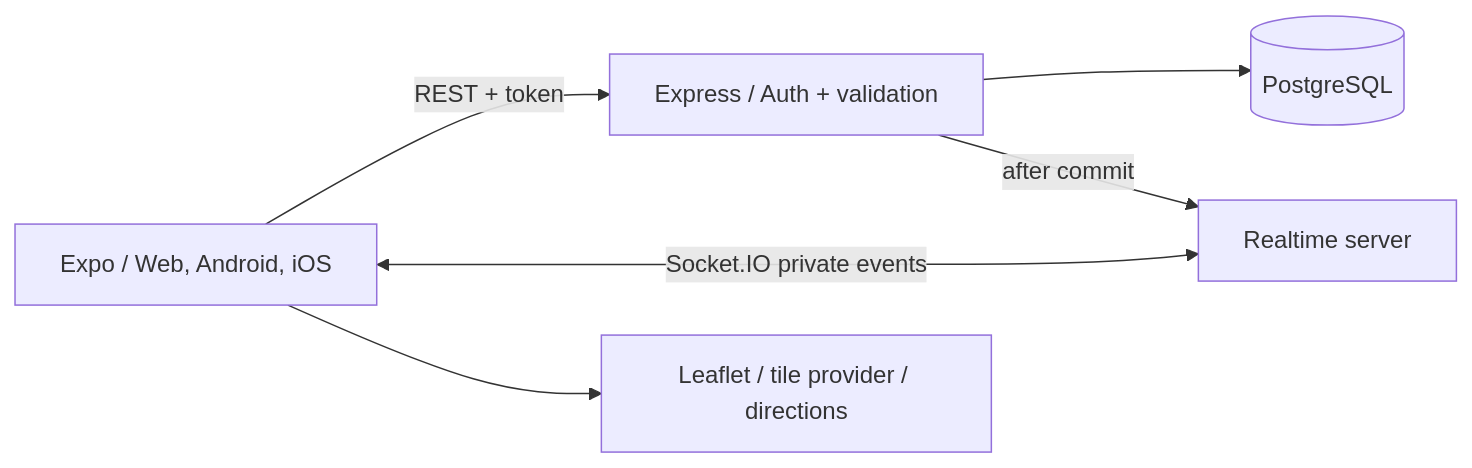
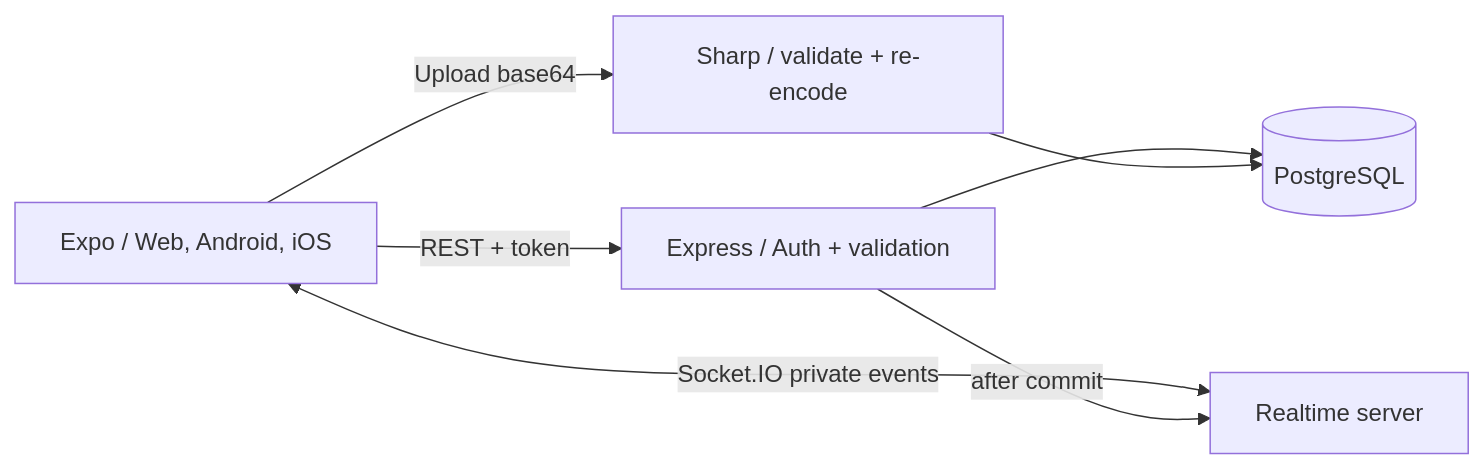
Before and after one commit to TanTai08/AppEduShare: the diagram in docs/BAO_CAO_DO_AN.md, drawn with Mermaid. The commit also changed other lines of this file and 37 other files, not shown here.

````diff
--- a/docs/BAO_CAO_DO_AN.md
+++ b/docs/BAO_CAO_DO_AN.md
@@ -133,8 +133,9 @@
 ```mermaid
 flowchart LR
  A[Expo / Web, Android, iOS] -->|REST + token| B[Express / Auth + validation]
  A <-->|Socket.IO private events| C[Realtime server]
  B --> D[(PostgreSQL)]
  B -->|after commit| C
- A --> E[Leaflet / tile provider / directions]
+ A -->|Upload base64| E[Sharp / validate + re-encode]
+ E --> D
 ```
````
